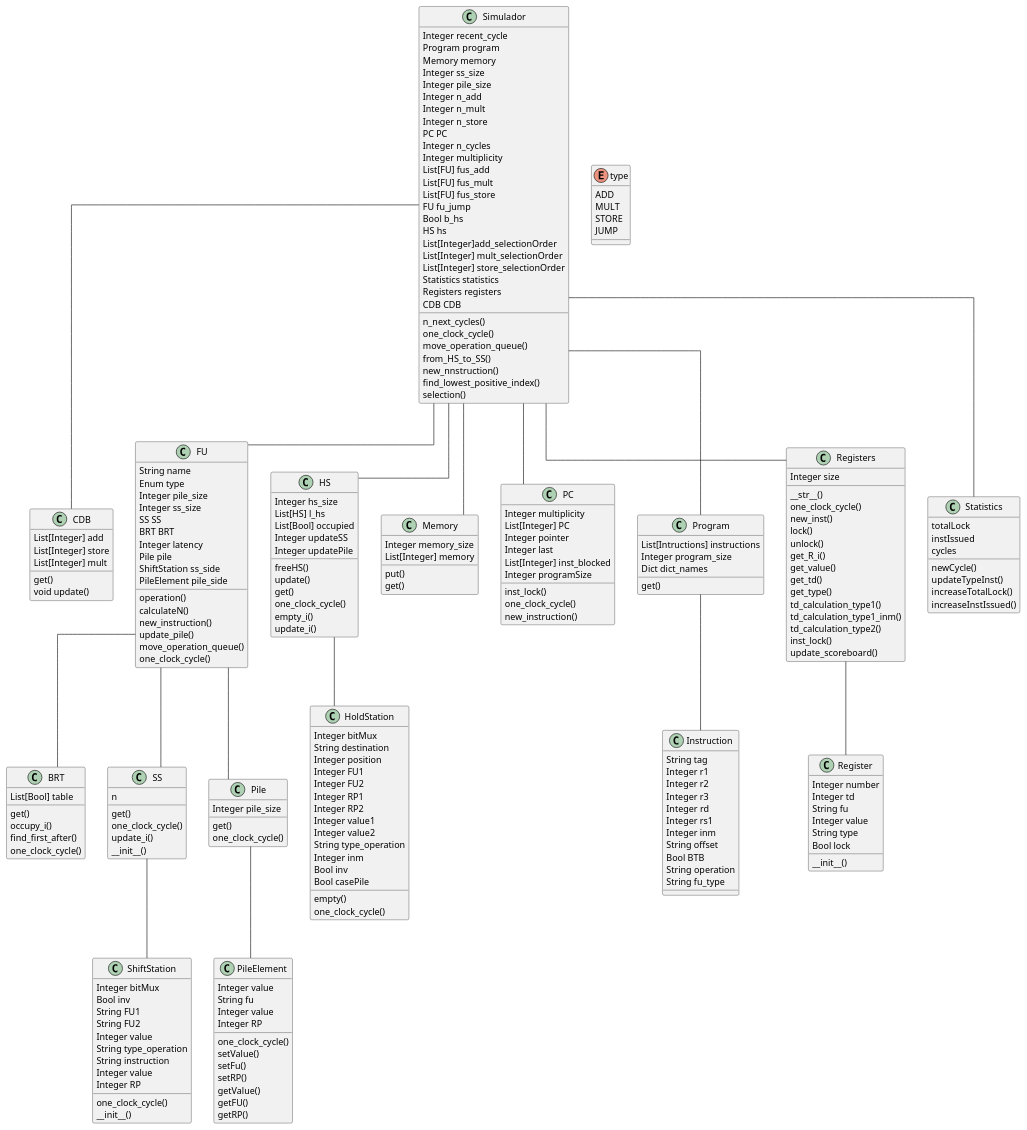
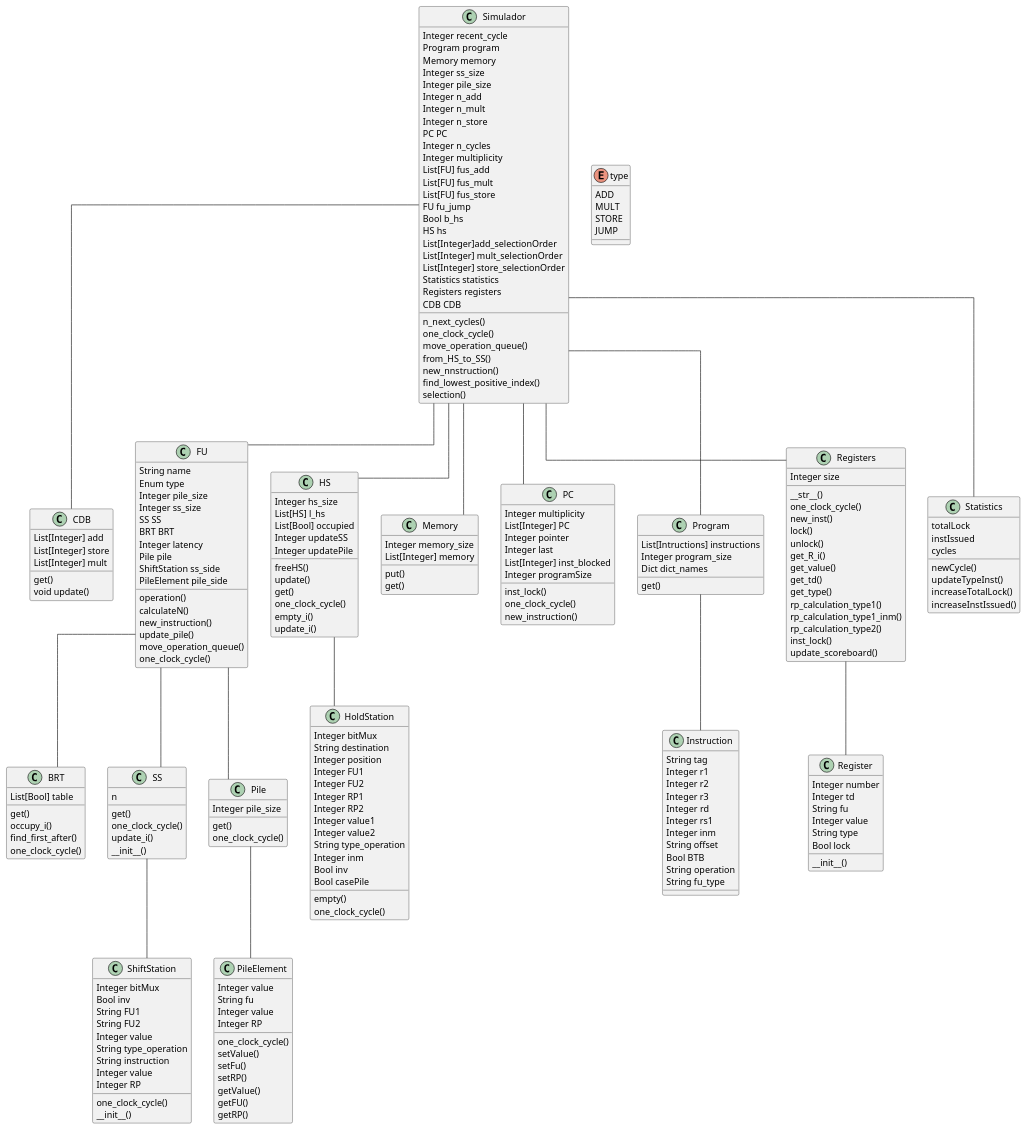
Before and after one commit to bellopsal/ChonosPlan: the diagram in UML/aux.puml, drawn with PlantUML. The commit also changed 35 other files, not shown here.

```diff
--- a/UML/aux.puml
+++ b/UML/aux.puml
@@ -136,9 +136,9 @@
     get_value()
     get_td()
     get_type()
-    td_calculation_type1()
-    td_calculation_type1_inm()
-    td_calculation_type2()
+    rp_calculation_type1()
+    rp_calculation_type1_inm()
+    rp_calculation_type2()
     inst_lock()
     update_scoreboard()
         Integer size
```
